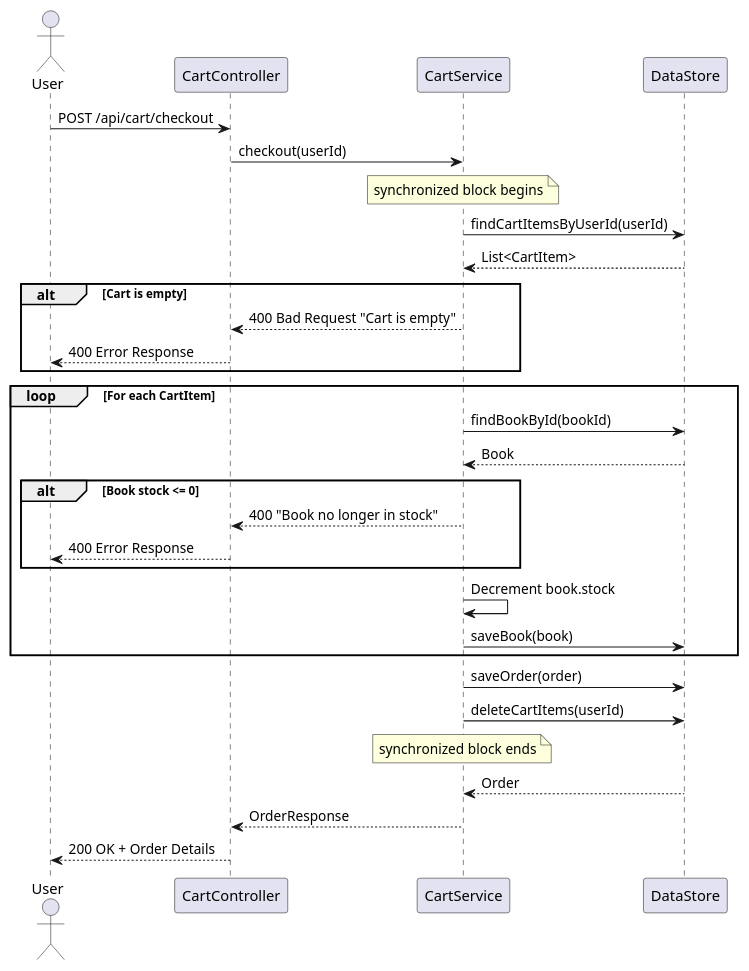
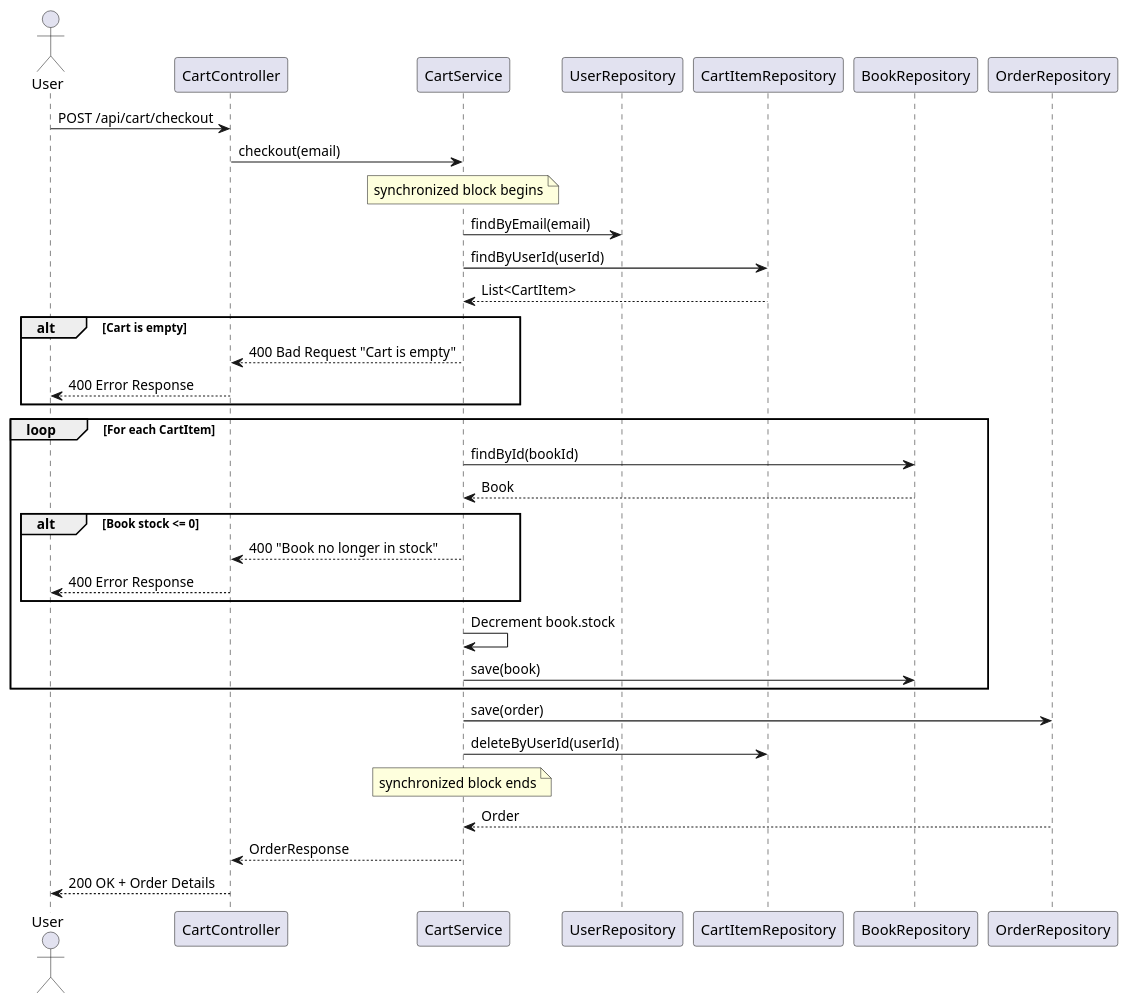
One commit to nitish2904/toptal changed the diagram in bookshopv2/docs/checkout-sequence.puml. Above: the diagram before and after it, drawn with PlantUML. The commit also changed 17 other files, not shown here.

First line of the commit message:
refactor: split DataStore into individual repository classes

```diff
--- a/bookshopv2/docs/checkout-sequence.puml
+++ b/bookshopv2/docs/checkout-sequence.puml
@@ -1,43 +1,47 @@
 @startuml Checkout Sequence Diagram
 
 actor User
 participant "CartController" as CC
 participant "CartService" as CS
-participant "DataStore" as DS
+participant "UserRepository" as UR
+participant "CartItemRepository" as CIR
+participant "BookRepository" as BR
+participant "OrderRepository" as OR
 
 User -> CC : POST /api/cart/checkout
-CC -> CS : checkout(userId)
+CC -> CS : checkout(email)
 
 note over CS : synchronized block begins
 
-CS -> DS : findCartItemsByUserId(userId)
-DS --> CS : List<CartItem>
+CS -> UR : findByEmail(email)
+CS -> CIR : findByUserId(userId)
+CIR --> CS : List<CartItem>
 
 alt Cart is empty
   CS --> CC : 400 Bad Request "Cart is empty"
   CC --> User : 400 Error Response
 end
 
 loop For each CartItem
-  CS -> DS : findBookById(bookId)
-  DS --> CS : Book
+  CS -> BR : findById(bookId)
+  BR --> CS : Book
 
   alt Book stock <= 0
     CS --> CC : 400 "Book no longer in stock"
     CC --> User : 400 Error Response
   end
 
   CS -> CS : Decrement book.stock
-  CS -> DS : saveBook(book)
+  CS -> BR : save(book)
 end
 
-CS -> DS : saveOrder(order)
-CS -> DS : deleteCartItems(userId)
+CS -> OR : save(order)
+CS -> CIR : deleteByUserId(userId)
 
 note over CS : synchronized block ends
 
-DS --> CS : Order
+OR --> CS : Order
 CS --> CC : OrderResponse
 CC --> User : 200 OK + Order Details
 
 @enduml
```
